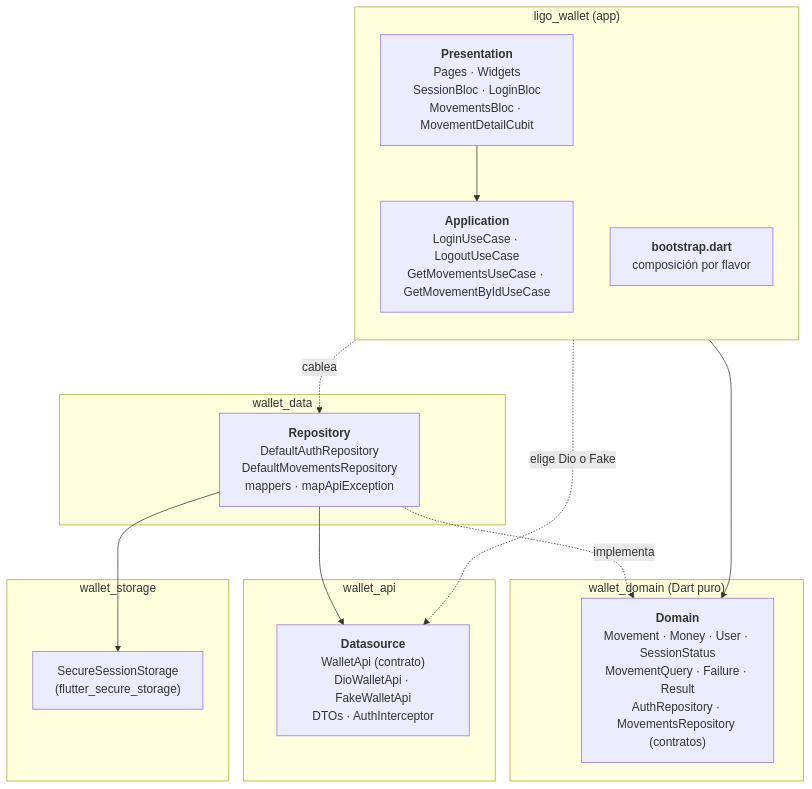
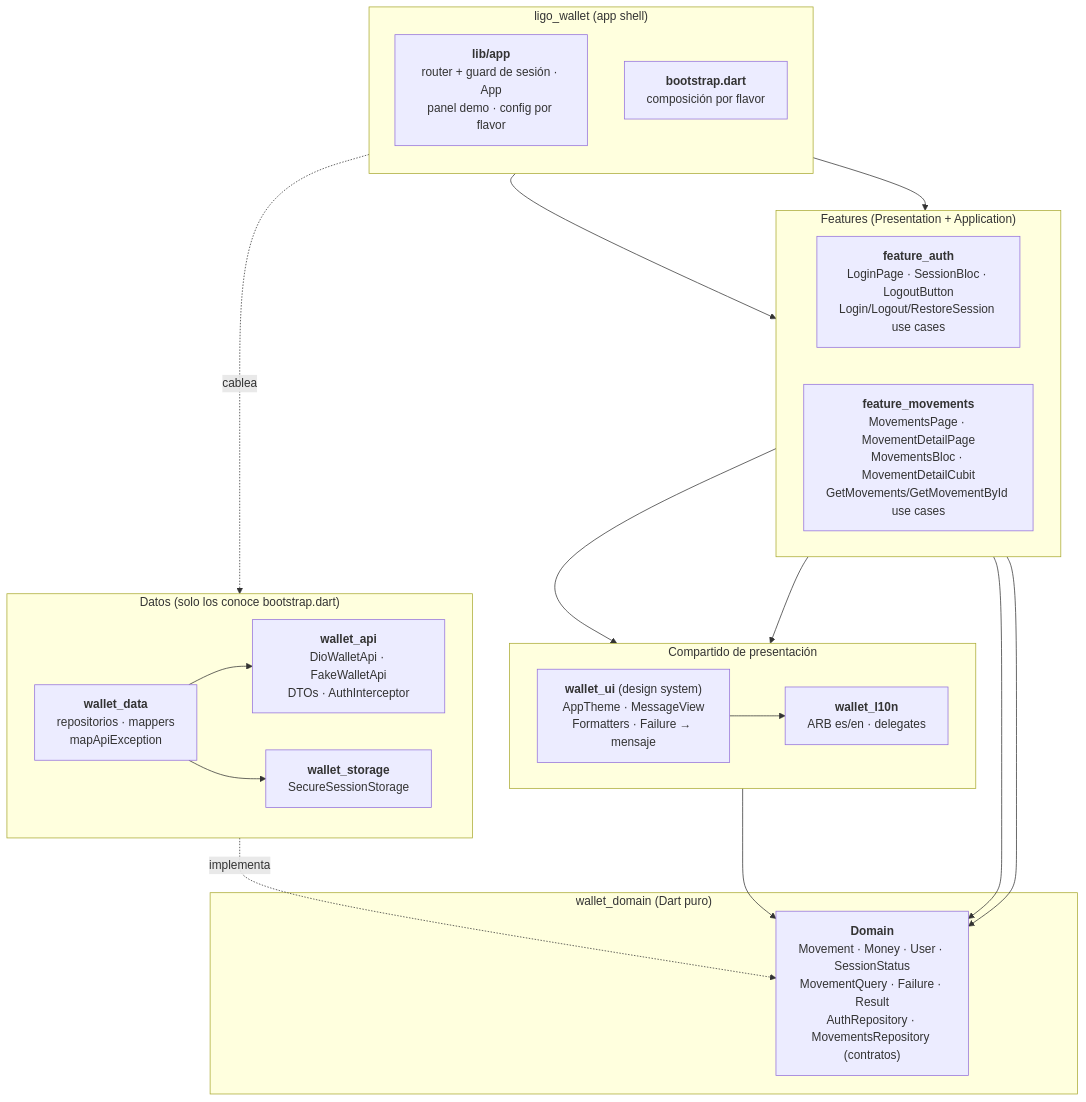
The first of 2 diagrams in README.md (marlonpya/ligo-wallet), drawn with Mermaid before and after one commit. The commit also changed other lines of this file and 5 other files, not shown here.

First line of the commit message:
docs: document feature packages and the app shell

````diff
--- a/README.md
+++ b/README.md
@@ -143,32 +143,39 @@
 ```mermaid
 flowchart TB
-    subgraph app["ligo_wallet (app)"]
+    subgraph shell["ligo_wallet (app shell)"]
         direction TB
-        P["<b>Presentation</b><br/>Pages · Widgets<br/>SessionBloc · LoginBloc<br/>MovementsBloc · MovementDetailCubit"]
-        A["<b>Application</b><br/>LoginUseCase · LogoutUseCase<br/>GetMovementsUseCase · GetMovementByIdUseCase"]
+        SH["<b>lib/app</b><br/>router + guard de sesión · App<br/>panel demo · config por flavor"]
         B["<b>bootstrap.dart</b><br/>composición por flavor"]
+    end
+
+    subgraph features["Features (Presentation + Application)"]
+        direction LR
+        FA["<b>feature_auth</b><br/>LoginPage · SessionBloc · LogoutButton<br/>Login/Logout/RestoreSession use cases"]
+        FM["<b>feature_movements</b><br/>MovementsPage · MovementDetailPage<br/>MovementsBloc · MovementDetailCubit<br/>GetMovements/GetMovementById use cases"]
+    end
+
+    subgraph shared["Compartido de presentación"]
+        direction LR
+        UI["<b>wallet_ui</b> (design system)<br/>AppTheme · MessageView<br/>Formatters · Failure → mensaje"]
+        L["<b>wallet_l10n</b><br/>ARB es/en · delegates"]
     end
 
     subgraph domain["wallet_domain (Dart puro)"]
         D["<b>Domain</b><br/>Movement · Money · User · SessionStatus<br/>MovementQuery · Failure · Result<br/>AuthRepository · MovementsRepository (contratos)"]
     end
 
-    subgraph data["wallet_data"]
-        R["<b>Repository</b><br/>DefaultAuthRepository<br/>DefaultMovementsRepository<br/>mappers · mapApiException"]
+    subgraph data["Datos (solo los conoce bootstrap.dart)"]
+        direction LR
+        R["<b>wallet_data</b><br/>repositorios · mappers<br/>mapApiException"]
+        DS["<b>wallet_api</b><br/>DioWalletApi · FakeWalletApi<br/>DTOs · AuthInterceptor"]
+        S["<b>wallet_storage</b><br/>SecureSessionStorage"]
     end
 
-    subgraph api["wallet_api"]
-        DS["<b>Datasource</b><br/>WalletApi (contrato)<br/>DioWalletApi · FakeWalletApi<br/>DTOs · AuthInterceptor"]
-    end
-
-    subgraph storage["wallet_storage"]
-        S["SecureSessionStorage<br/>(flutter_secure_storage)"]
-    end
-
-    P --> A --> D
+    SH --> FA & FM
+    FA & FM --> UI --> L
+    FA & FM --> D
+    UI --> D
     R -. implementa .-> D
-    R --> DS
-    R --> S
+    R --> DS & S
     B -. cablea .-> R
-    B -. elige Dio o Fake .-> DS
 ```
````
